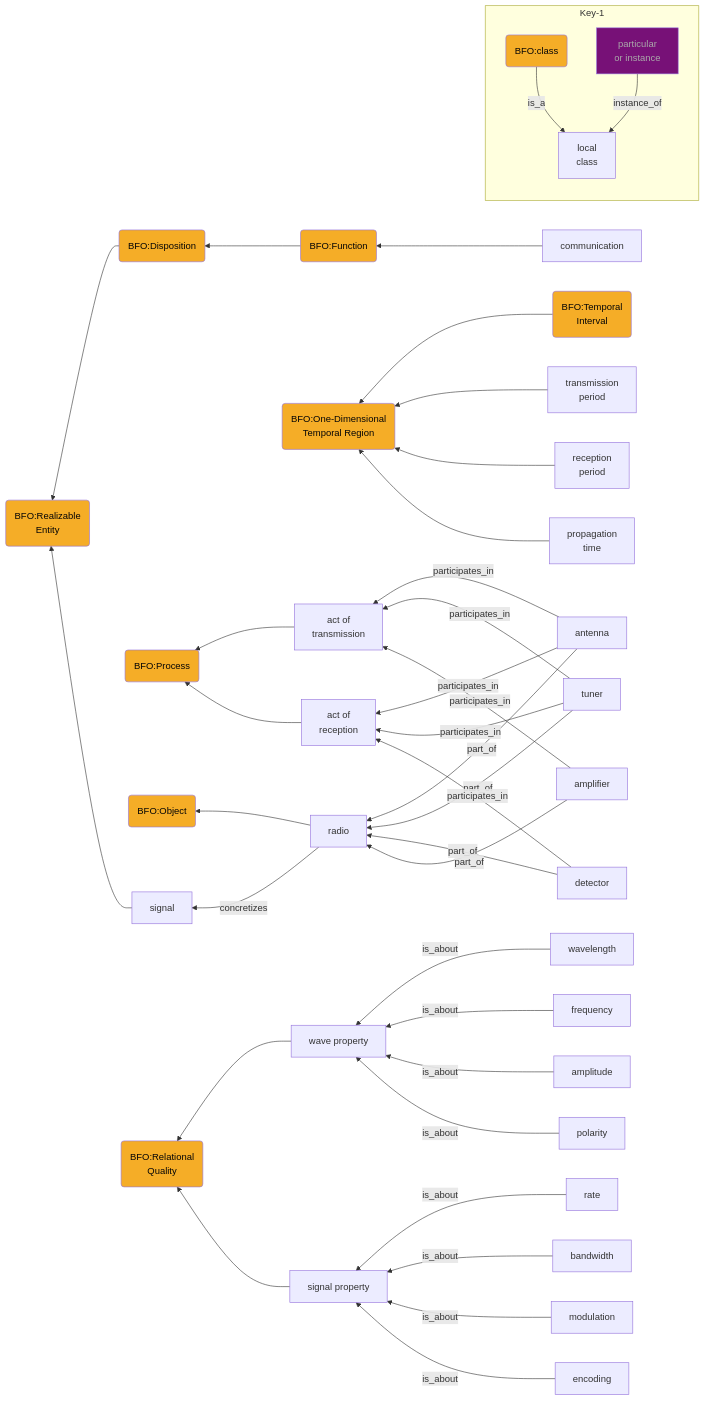
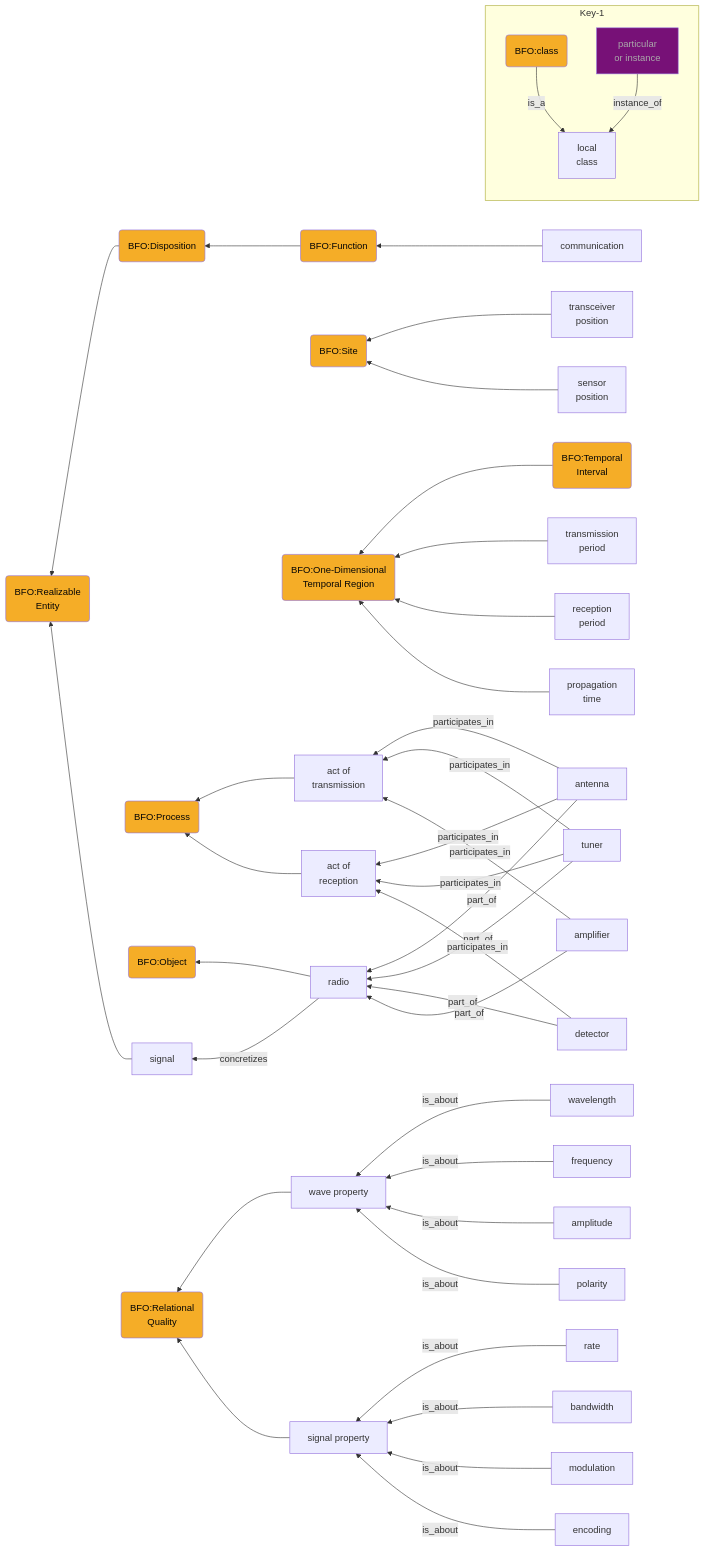
Before and after one commit to John-D-4/design-patterns: the diagram in design-patterns/pattern3.md, drawn with Mermaid. The commit also changed other lines of this file, not shown here.

Commit message:
Update pattern3.md
reinstated site classes

````diff
--- a/design-patterns/pattern3.md
+++ b/design-patterns/pattern3.md
@@ -40,55 +41,58 @@
 ```mermaid
 
 graph RL
 %%comments%%
 	M(BFO:Disposition):::BFO-->J(BFO:Realizable<br> Entity):::BFO
 	N(BFO:Function):::BFO-->M(BFO:Disposition):::BFO
+
+		OA[transceiver<br />position] --> O(BFO:Site):::BFO
+		OB[sensor<br />position] --> O 
 
 	AH(BFO:Temporal<br> Interval):::BFO-->AI(BFO:One-Dimensional<br> Temporal Region):::BFO
 		AFA[transmission<br />period] --> AI
 		AFB[reception<br />period] --> AI
 		AFC[propagation<br />time] --> AI
 		
 	NA[communication] --> N(BFO:Function):::BFO
 	        
 	AAC[act of<br />transmission] --> AA(BFO:Process):::BFO
 	AAB[act of<br />reception] --> AA(BFO:Process):::BFO
 
     	YA[radio] --> Z(BFO:Object):::BFO
 		YAA[antenna] -- part_of --> YA
 		YAA -- participates_in --> AAC
 		YAA -- participates_in --> AAB
 
 		YAB[tuner] -- part_of --> YA
 		YAB -- participates_in --> AAC
 		YAB -- participates_in --> AAB
 
 		YAC[detector] -- part_of --> YA
 		YAC -- participates_in --> AAB
 
 		YAD[amplifier] -- part_of --> YA
 		YAD -- participates_in --> AAC
 		
 		YA -- concretizes --> JC
 		JC[signal] --> J(BFO:Realizable<br> Entity):::BFO
     	
 		UE[wave property] --> K(BFO:Relational<br /> Quality):::BFO
 			UEA[wavelength] -- is_about --> UE
 			UEB[frequency] -- is_about --> UE
 			UED[amplitude] -- is_about --> UE
 			UEF[polarity] -- is_about --> UE
 
 		UF[signal property] --> K(BFO:Relational<br /> Quality):::BFO
 			UFA[rate] -- is_about --> UF
 			UFB[bandwidth] -- is_about --> UF
 			UFD[modulation] -- is_about --> UF
 			UFF[encoding] -- is_about --> UF
 
 subgraph Key-1
 K00(BFO:class):::BFO -- is_a --> K01[local<br />class]
 K02[particular<br />or instance]:::p -- instance_of --> K01
 end
     classDef BFO fill:#F5AD27,color:#060606
     classDef p fill:#771177,color:#AAAAAA
 
 ```
````
